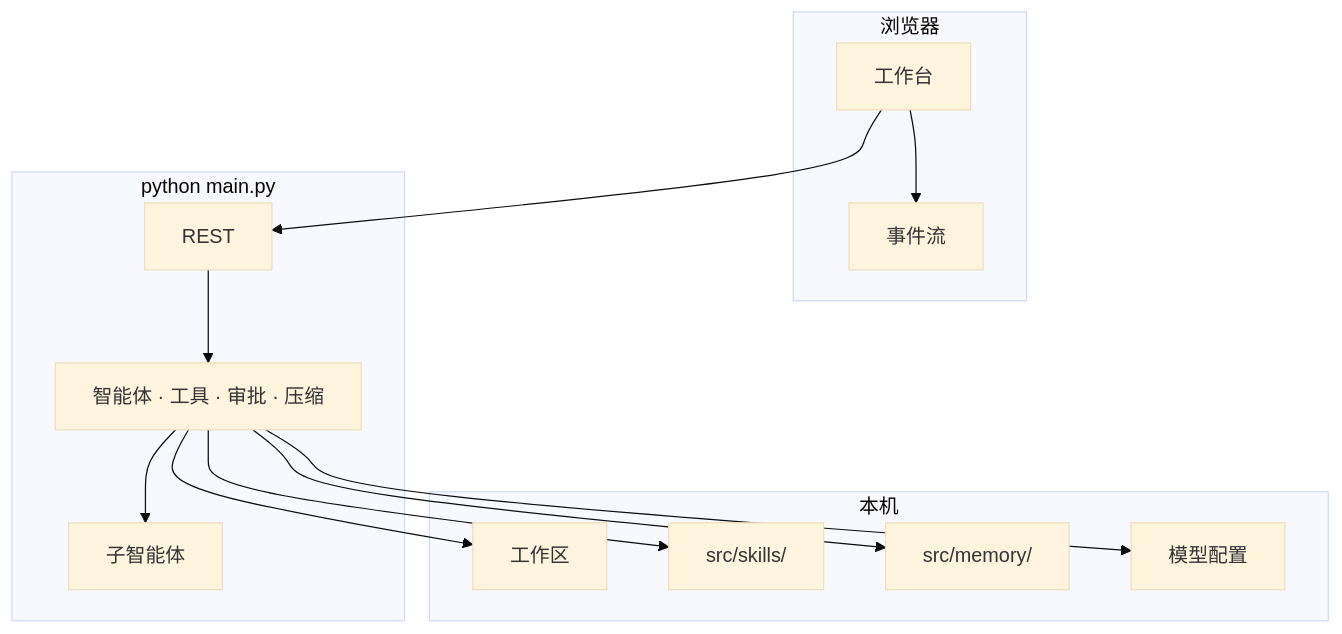
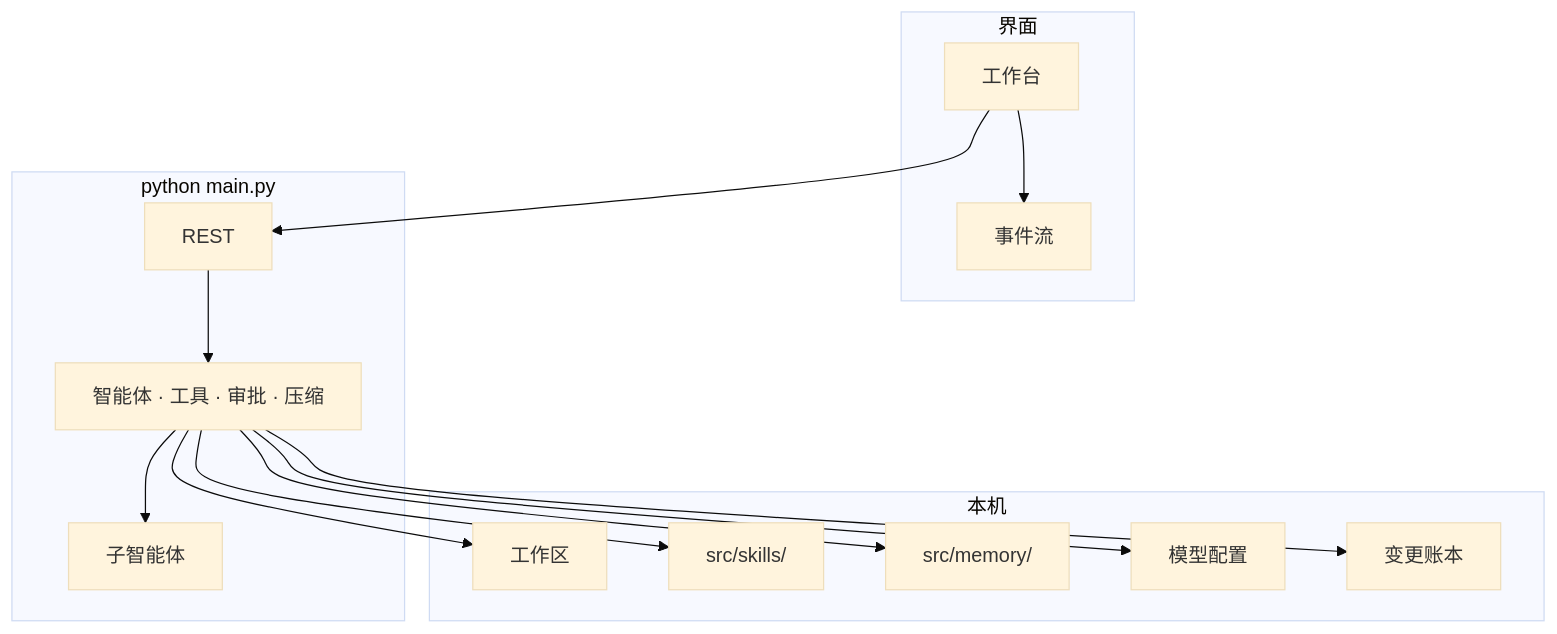
One commit to GQQI/SideKick changed the diagram in README.md. Above: the diagram before and after it, drawn with Mermaid (base theme). The commit also changed other lines of this file and 96 other files, not shown here.

````diff
--- a/README.md
+++ b/README.md
@@ -123,26 +171,28 @@
 ```mermaid
 flowchart TB
-  subgraph Client["浏览器"]
+  subgraph Client["界面"]
     UI["工作台"]
     SSE["事件流"]
   end
   subgraph Server["python main.py"]
     API["REST"]
     Agent["智能体 · 工具 · 审批 · 压缩"]
     Child["子智能体"]
   end
   subgraph Disk["本机"]
     WS["工作区"]
     Skills["src/skills/"]
     Memory["src/memory/"]
     Model["模型配置"]
+    Ledger["变更账本"]
   end
   UI --> API
   UI --> SSE
   API --> Agent
   Agent --> Child
   Agent --> WS
   Agent --> Skills
   Agent --> Memory
   Agent --> Model
+  Agent --> Ledger
 ```
````
